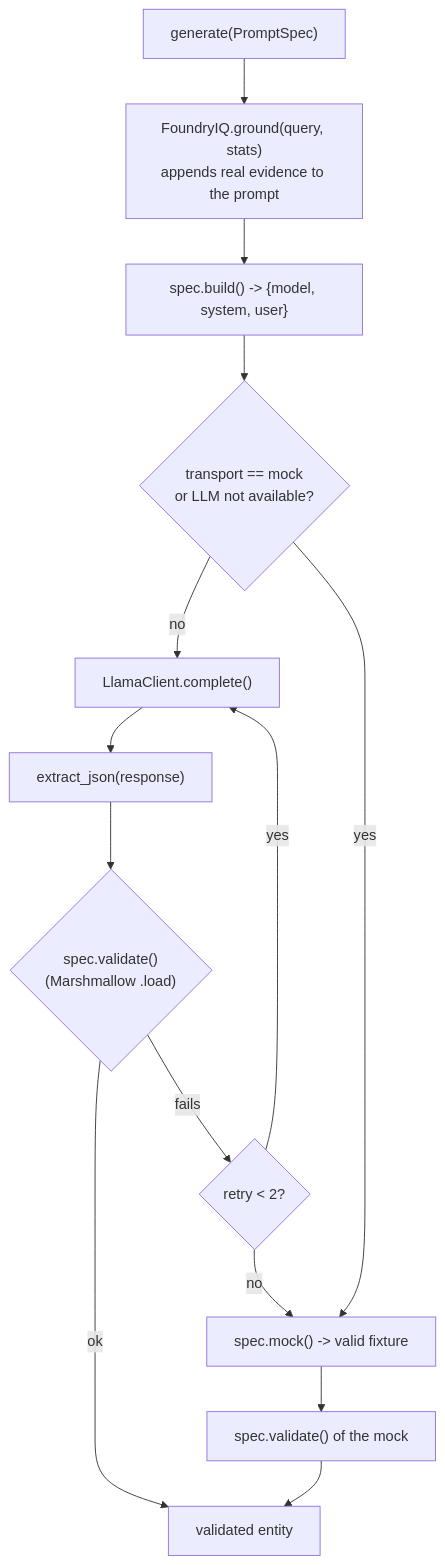
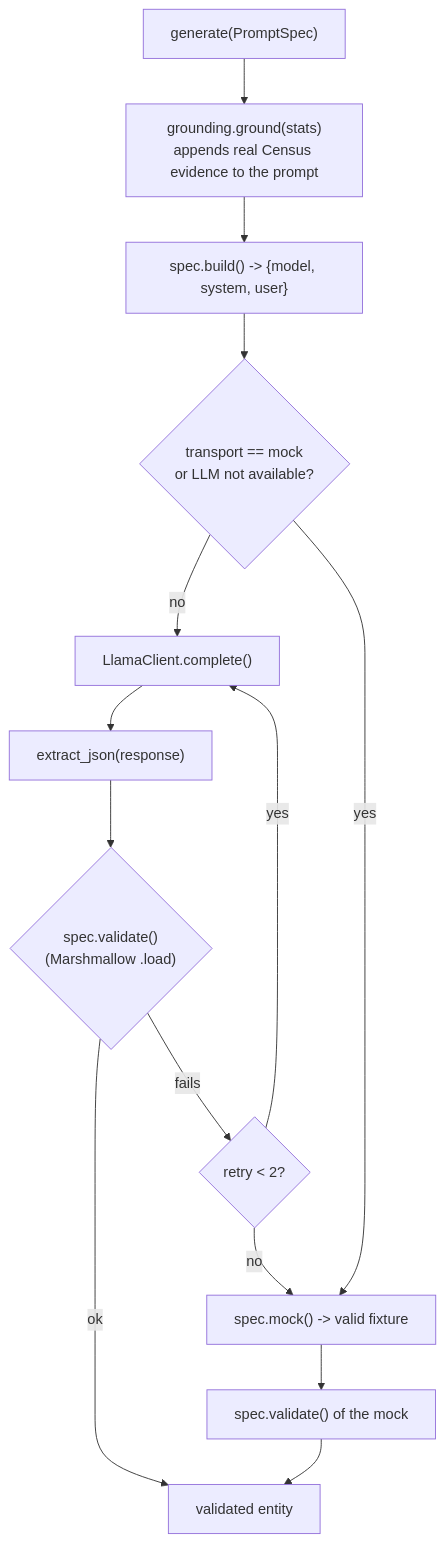
The second of 3 diagrams in docs/workflow.md (YuChan707/UI-AgentPath-2026), drawn with Mermaid before and after one commit. The commit also changed other lines of this file and 295 other files, not shown here.

````diff
--- a/docs/workflow.md
+++ b/docs/workflow.md
@@ -54,22 +54,22 @@
 ```mermaid
 flowchart TD
     START["generate(PromptSpec)"]
-    GROUND["FoundryIQ.ground(query, stats)<br/>appends real evidence to the prompt"]
+    GROUND["grounding.ground(stats)<br/>appends real Census evidence to the prompt"]
     BUILDP["spec.build() -> {model, system, user}"]
     ISMOCK{"transport == mock<br/>or LLM not available?"}
     CALL["LlamaClient.complete()"]
     JSON["extract_json(response)"]
     VALID{"spec.validate()<br/>(Marshmallow .load)"}
     RETRY{"retry &lt; 2?"}
     MOCK["spec.mock() -> valid fixture"]
     OK["validated entity"]
 
     START --> GROUND --> BUILDP --> ISMOCK
     ISMOCK -- no --> CALL --> JSON --> VALID
     VALID -- ok --> OK
     VALID -- fails --> RETRY
     RETRY -- yes --> CALL
     RETRY -- no --> MOCK
     ISMOCK -- yes --> MOCK
     MOCK --> VALID2["spec.validate() of the mock"] --> OK
 ```
````
